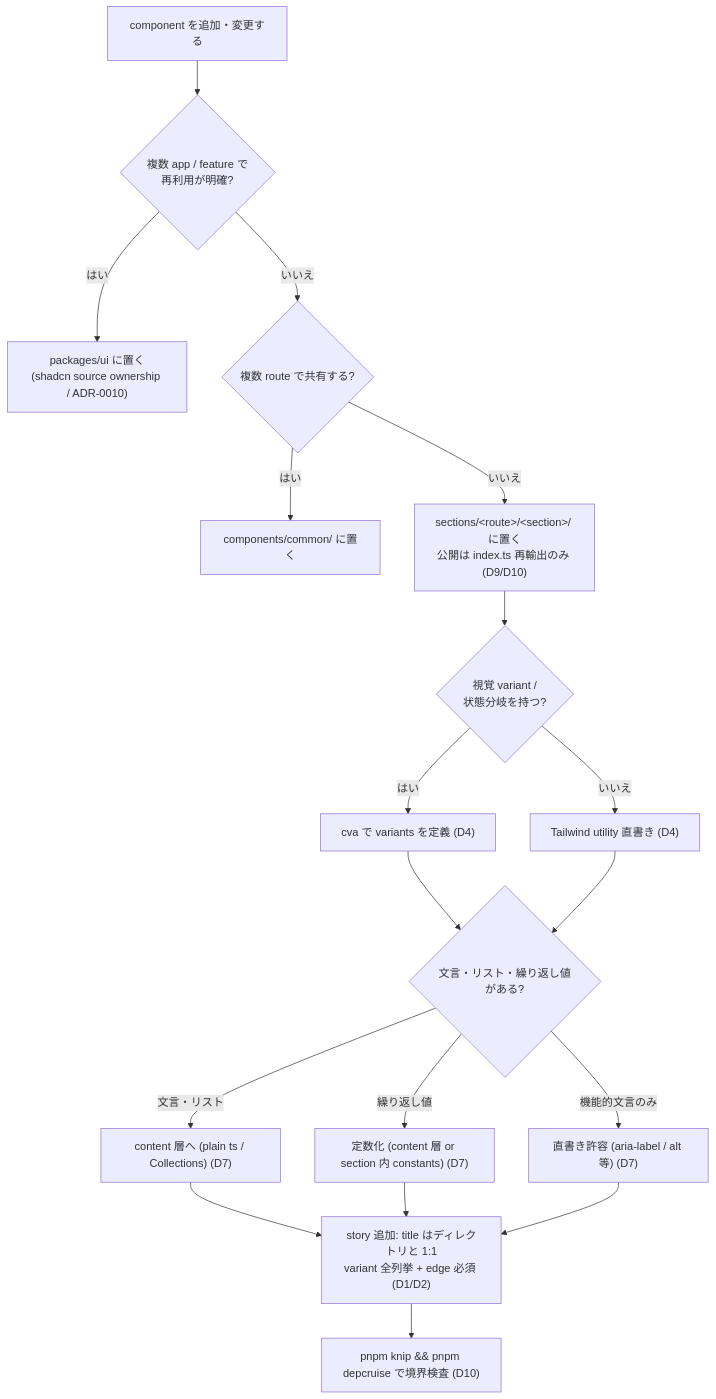
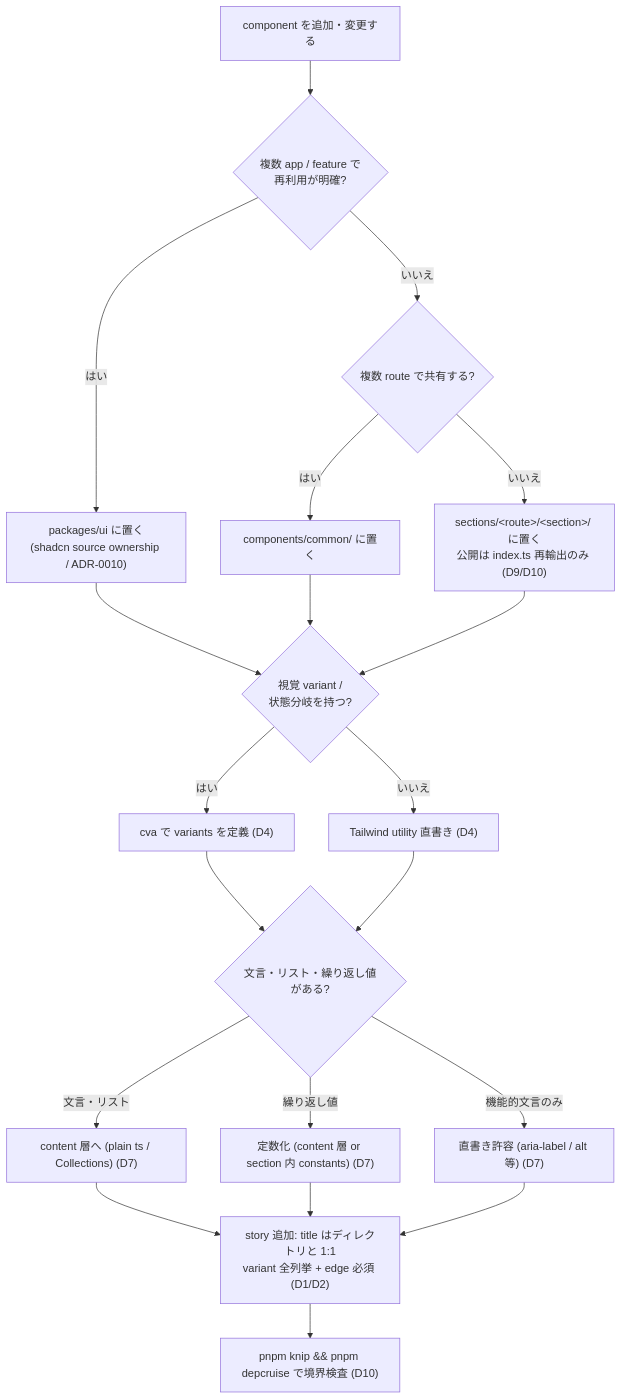
Before and after one commit to Fukuemon/kufu-apps: the first of 3 diagrams in specs/32-component-architecture/index.md, drawn with Mermaid. The commit also changed other lines of this file and 7 other files, not shown here.

````diff
--- a/specs/32-component-architecture/index.md
+++ b/specs/32-component-architecture/index.md
@@ -320,20 +347,22 @@
 ```mermaid
 flowchart TD
     Start["component を追加・変更する"] --> Q1{"複数 app / feature で\n再利用が明確?"}
     Q1 -->|"はい"| UI["packages/ui に置く\n(shadcn source ownership / ADR-0010)"]
     Q1 -->|"いいえ"| Q2{"複数 route で共有する?"}
     Q2 -->|"はい"| Common["components/common/ に置く"]
     Q2 -->|"いいえ"| Section["sections/&lt;route&gt;/&lt;section&gt;/ に置く\n公開は index.ts 再輸出のみ (D9/D10)"]
+    Common --> Q3
+    UI --> Q3
     Section --> Q3{"視覚 variant /\n状態分岐を持つ?"}
     Q3 -->|"はい"| Cva["cva で variants を定義 (D4)"]
     Q3 -->|"いいえ"| Utility["Tailwind utility 直書き (D4)"]
     Cva --> Q4{"文言・リスト・繰り返し値がある?"}
     Utility --> Q4
     Q4 -->|"文言・リスト"| Content["content 層へ (plain ts / Collections) (D7)"]
     Q4 -->|"繰り返し値"| Const["定数化 (content 層 or section 内 constants) (D7)"]
     Q4 -->|"機能的文言のみ"| Inline["直書き許容 (aria-label / alt 等) (D7)"]
     Content --> Story["story 追加: title はディレクトリと 1:1\nvariant 全列挙 + edge 必須 (D1/D2)"]
     Const --> Story
     Inline --> Story
     Story --> Check["pnpm knip && pnpm depcruise で境界検査 (D10)"]
 ```
````
